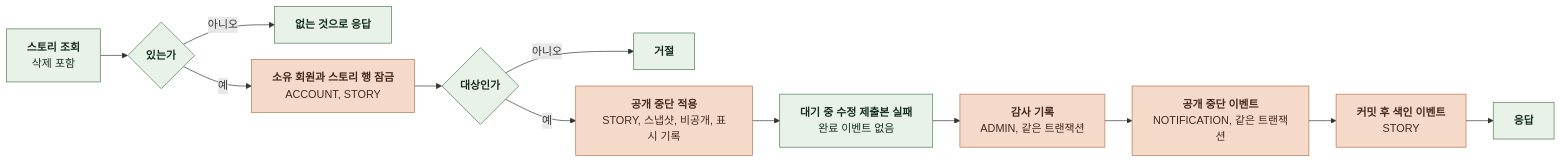
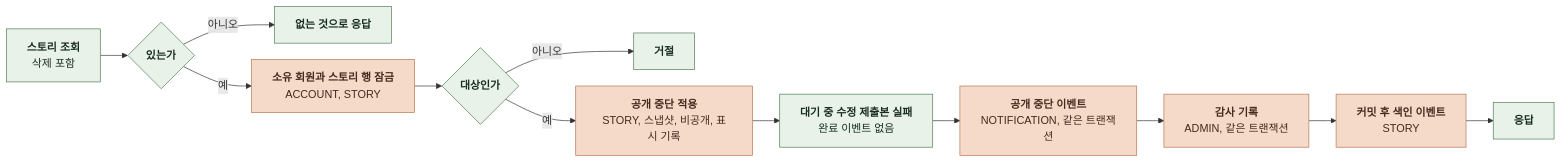
Before and after one commit to KIM-N-KANG/knk-harness: diagram 11 of 11 in docs/domain/MODERATION/BACKEND/4-1-PIPELINES.md, drawn with Mermaid. The commit also changed other lines of this file and 7 other files, not shown here.

````diff
--- a/docs/domain/MODERATION/BACKEND/4-1-PIPELINES.md
+++ b/docs/domain/MODERATION/BACKEND/4-1-PIPELINES.md
@@ -356,26 +356,26 @@
 ```mermaid
 %%{init: {"flowchart": {"curve": "basis", "nodeSpacing": 24, "rankSpacing": 40}}}%%
 flowchart LR
     A["`**스토리 조회**
 삭제 포함`"] --> B{"`**있는가**`"}
     B -->|아니오| X1["`**없는 것으로 응답**`"]
     B -->|예| C["`**소유 회원과 스토리 행 잠금**
 ACCOUNT, STORY`"]
     C --> D{"`**대상인가**`"}
     D -->|아니오| X2["`**거절**`"]
     D -->|예| E["`**공개 중단 적용**
 STORY, 스냅샷, 비공개, 표시 기록`"]
     E --> F["`**대기 중 수정 제출본 실패**
 완료 이벤트 없음`"]
-    F --> G["`**감사 기록**
+    F --> H["`**공개 중단 이벤트**
+NOTIFICATION, 같은 트랜잭션`"]
+    H --> G["`**감사 기록**
 ADMIN, 같은 트랜잭션`"]
-    G --> H["`**공개 중단 이벤트**
-NOTIFICATION, 같은 트랜잭션`"]
-    H --> I["`**커밋 후 색인 이벤트**
+    G --> I["`**커밋 후 색인 이벤트**
 STORY`"]
     I --> J["`**응답**`"]
     classDef comp fill:#E8F2E8,stroke:#527A59,color:#182D1D
     classDef task fill:#F5D9C9,stroke:#B97450,color:#452B1D
     class A,B,D,F,J,X1,X2 comp
     class C,E,G,H,I task
 ```
````
